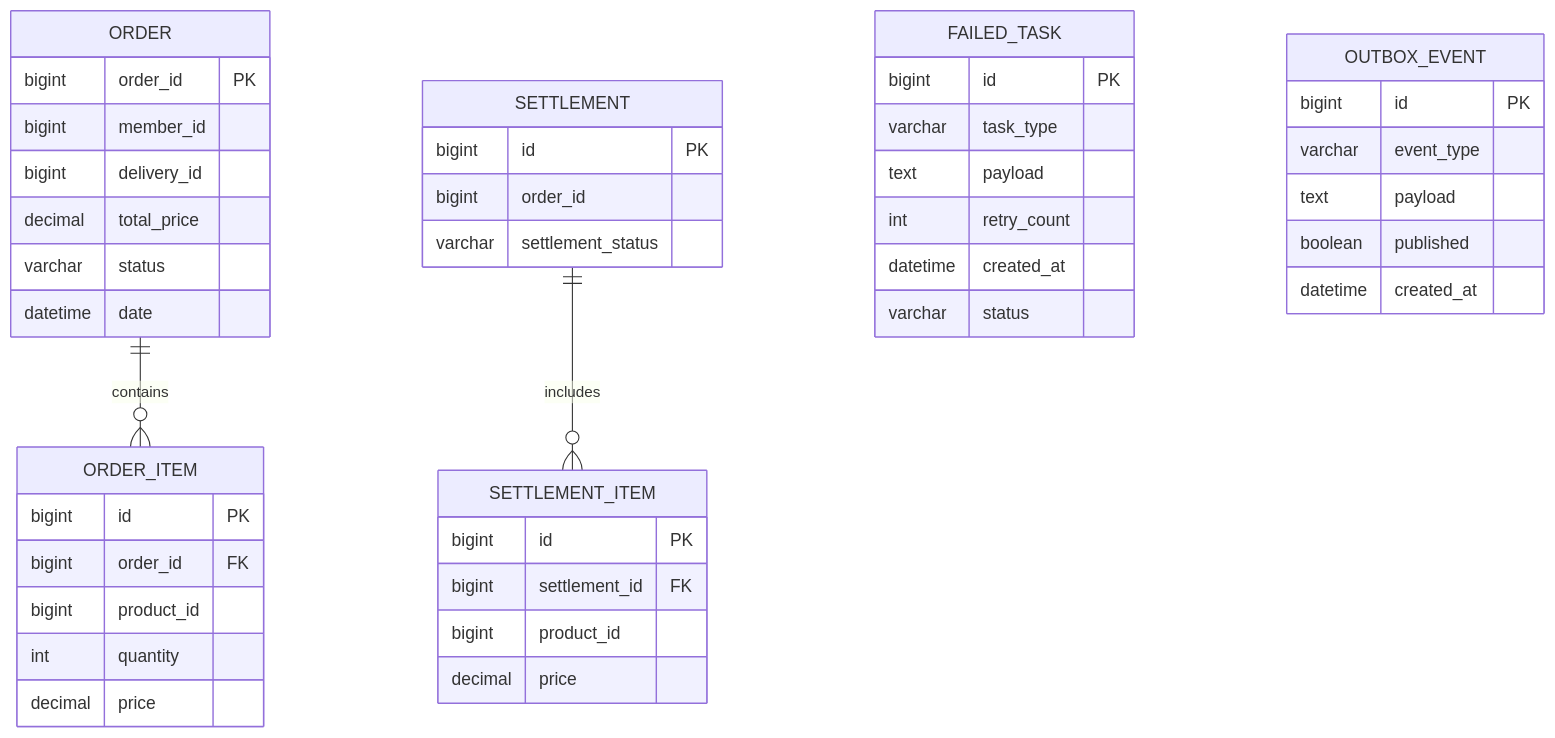
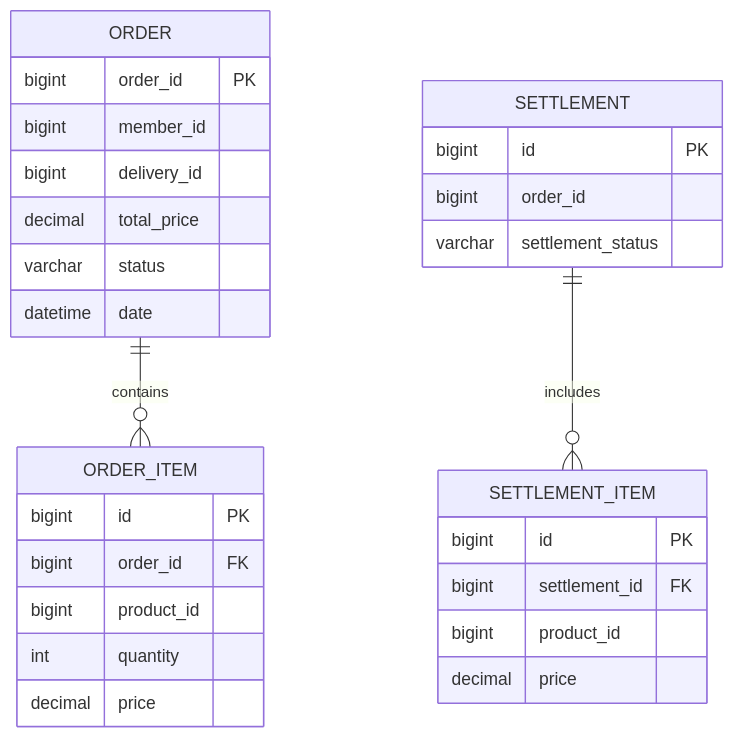
The fourth of 12 diagrams in README.md (Teach-D/store), drawn with Mermaid before and after one commit. The commit also changed other lines of this file, not shown here.

````diff
--- a/README.md
+++ b/README.md
@@ -299,52 +219,35 @@
 ```mermaid
 erDiagram
     ORDER {
         bigint order_id PK
         bigint member_id
         bigint delivery_id
         decimal total_price
         varchar status
         datetime date
     }
 
     ORDER_ITEM {
         bigint id PK
         bigint order_id FK
         bigint product_id
         int quantity
         decimal price
     }
 
     SETTLEMENT {
         bigint id PK
         bigint order_id
         varchar settlement_status
     }
 
     SETTLEMENT_ITEM {
         bigint id PK
         bigint settlement_id FK
         bigint product_id
         decimal price
     }
 
-    FAILED_TASK {
-        bigint id PK
-        varchar task_type
-        text payload
-        int retry_count
-        datetime created_at
-        varchar status
-    }
-
-    OUTBOX_EVENT {
-        bigint id PK
-        varchar event_type
-        text payload
-        boolean published
-        datetime created_at
-    }
-
     ORDER ||--o{ ORDER_ITEM : "contains"
     SETTLEMENT ||--o{ SETTLEMENT_ITEM : "includes"
 ```
````
